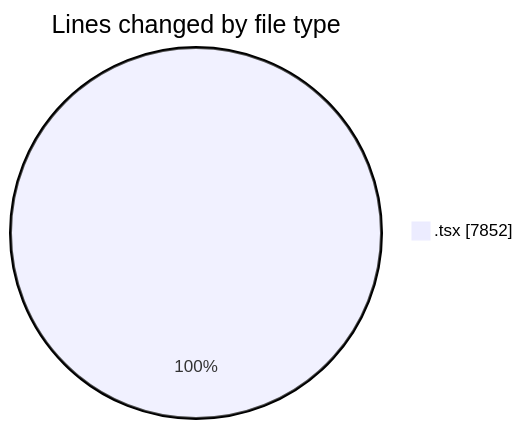
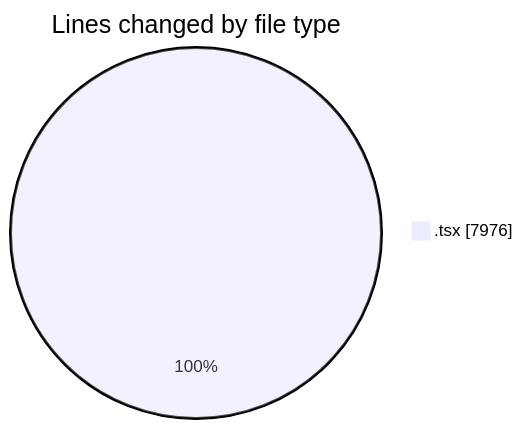
Before and after one commit to momahboobian/code-tracking: the first of 2 diagrams in 2025-12-04/cda/README.md, drawn with Mermaid. The commit also changed other lines of this file and 1 other file, not shown here.

````diff
--- a/2025-12-04/cda/README.md
+++ b/2025-12-04/cda/README.md
@@ -29,5 +29,5 @@
 ```mermaid
 pie showData
 title Lines changed by file type
-".tsx" : 7852
+".tsx" : 7976
 ```
````
